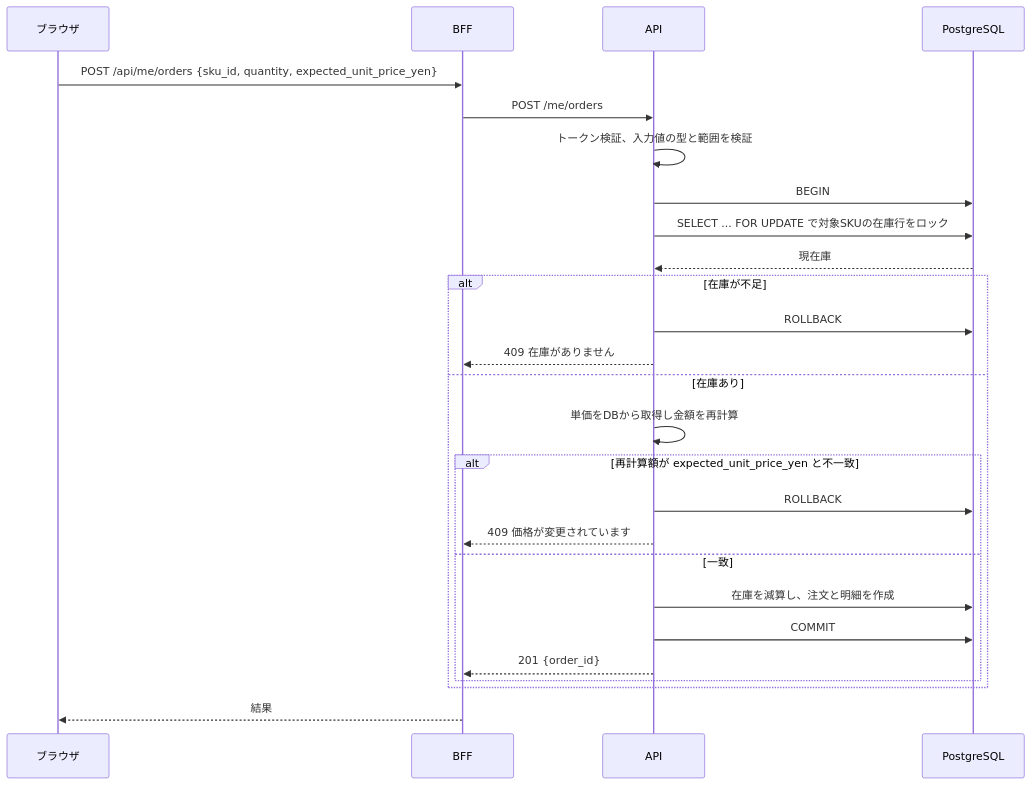
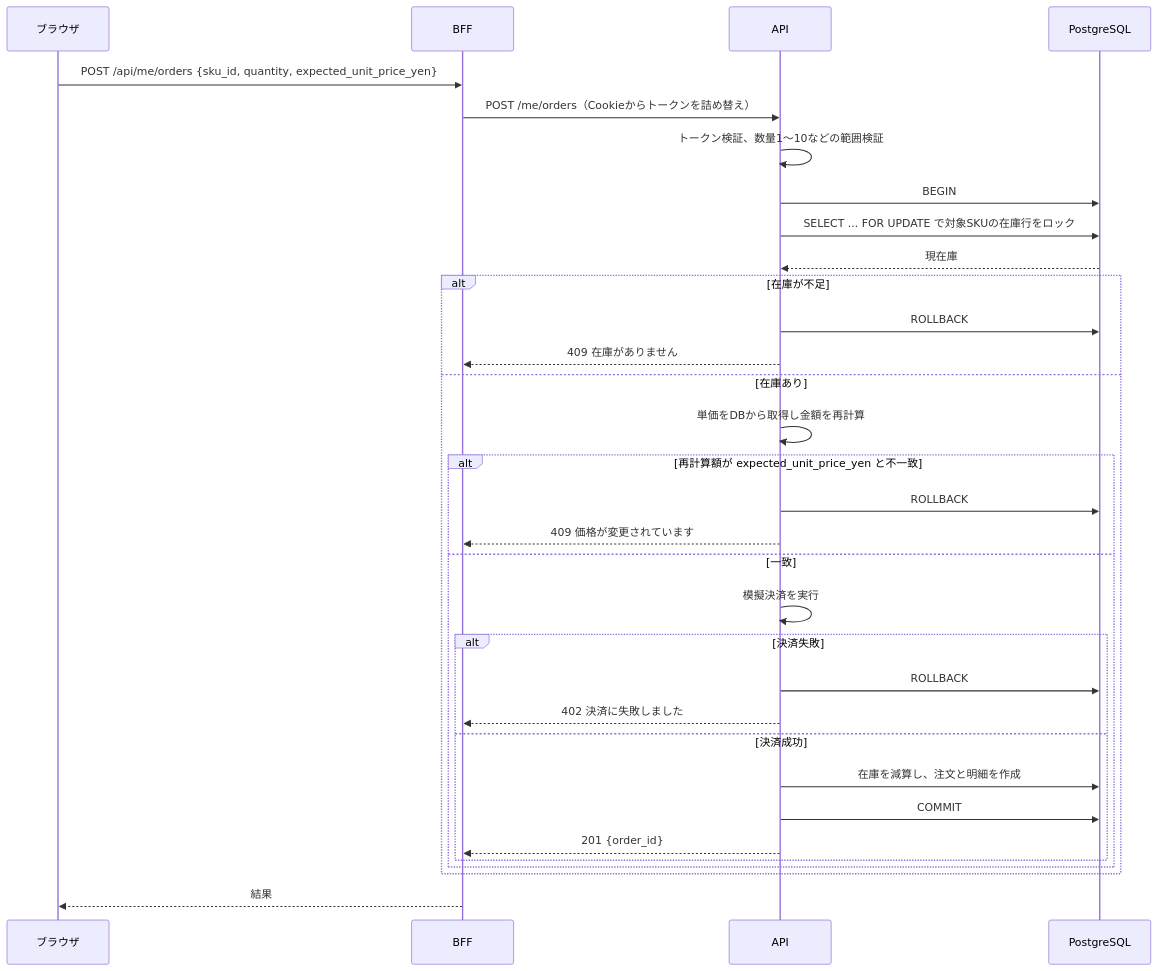
Before and after one commit to Nagaoka122/tech0-lv3-ec: the fifth of 11 diagrams in 設計仕様書.md, drawn with Mermaid. The commit also changed other lines of this file and 3 other files, not shown here.

````diff
--- a/設計仕様書.md
+++ b/設計仕様書.md
@@ -146,29 +171,35 @@
 ```mermaid
 sequenceDiagram
     participant B as ブラウザ
     participant F as BFF
     participant A as API
     participant D as PostgreSQL
 
     B->>F: POST /api/me/orders {sku_id, quantity, expected_unit_price_yen}
-    F->>A: POST /me/orders
-    A->>A: トークン検証、入力値の型と範囲を検証
+    F->>A: POST /me/orders（Cookieからトークンを詰め替え）
+    A->>A: トークン検証、数量1〜10などの範囲検証
     A->>D: BEGIN
     A->>D: SELECT ... FOR UPDATE で対象SKUの在庫行をロック
     D-->>A: 現在庫
     alt 在庫が不足
         A->>D: ROLLBACK
         A-->>F: 409 在庫がありません
     else 在庫あり
         A->>A: 単価をDBから取得し金額を再計算
         alt 再計算額が expected_unit_price_yen と不一致
             A->>D: ROLLBACK
             A-->>F: 409 価格が変更されています
         else 一致
-            A->>D: 在庫を減算し、注文と明細を作成
-            A->>D: COMMIT
-            A-->>F: 201 {order_id}
+            A->>A: 模擬決済を実行
+            alt 決済失敗
+                A->>D: ROLLBACK
+                A-->>F: 402 決済に失敗しました
+            else 決済成功
+                A->>D: 在庫を減算し、注文と明細を作成
+                A->>D: COMMIT
+                A-->>F: 201 {order_id}
+            end
         end
     end
     F-->>B: 結果
 ```
````
